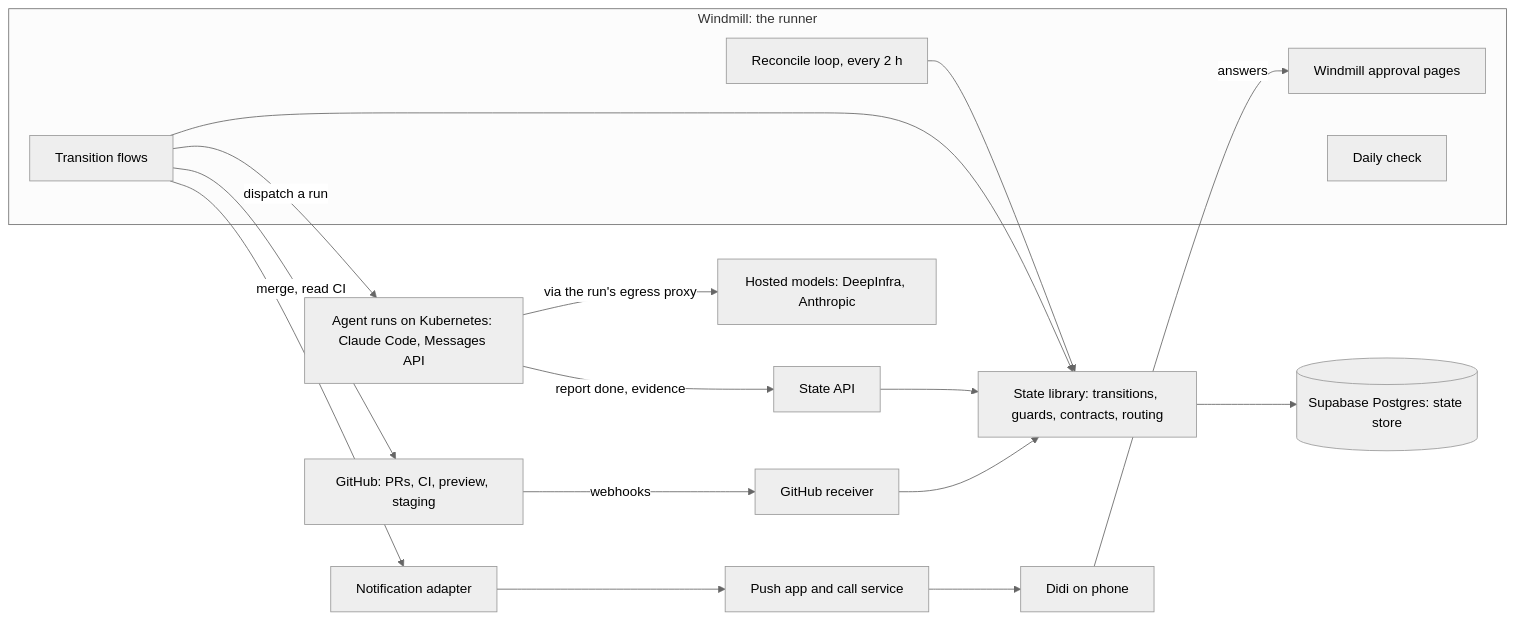
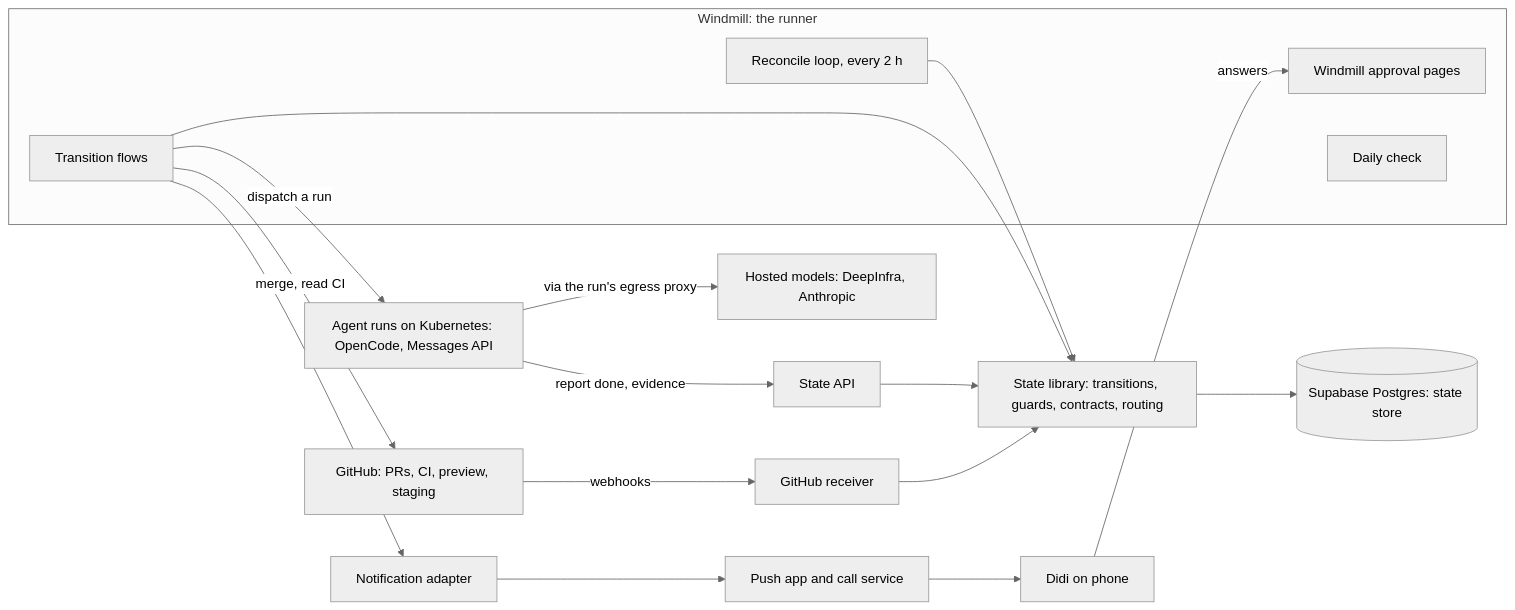
Before and after one commit to didi-build/foreman: the diagram in docs/architecture/technical-architecture.md, drawn with Mermaid (neutral theme). The commit also changed other lines of this file and 35 other files, not shown here.

First line of the commit message:
feat(agent-images): OpenCode image for the Developer and Designer with a wrapper-enforced cap (D-222, D-223) (#46)

````diff
--- a/docs/architecture/technical-architecture.md
+++ b/docs/architecture/technical-architecture.md
@@ -14,23 +14,23 @@
 ```mermaid
 flowchart LR
   Didi[Didi on phone] -->|answers| Approval[Windmill approval pages]
   Push[Push app and call service] --> Didi
   subgraph Runner[Windmill: the runner]
     Reconcile[Reconcile loop, every 2 h]
     Flows[Transition flows]
     Approval
     Daily[Daily check]
   end
   Flows --> Lib[State library: transitions, guards, contracts, routing]
   Reconcile --> Lib
   Lib --> Store[(Supabase Postgres: state store)]
-  Flows -->|dispatch a run| Agents[Agent runs on Kubernetes: Claude Code, Messages API]
+  Flows -->|dispatch a run| Agents[Agent runs on Kubernetes: OpenCode, Messages API]
   Agents -->|via the run's egress proxy| Models[Hosted models: DeepInfra, Anthropic]
   Agents -->|report done, evidence| API[State API]
   API --> Lib
   GitHub[GitHub: PRs, CI, preview, staging] -->|webhooks| Receiver[GitHub receiver]
   Receiver --> Lib
   Flows -->|merge, read CI| GitHub
   Flows --> Notify[Notification adapter]
   Notify --> Push
 ```
````
